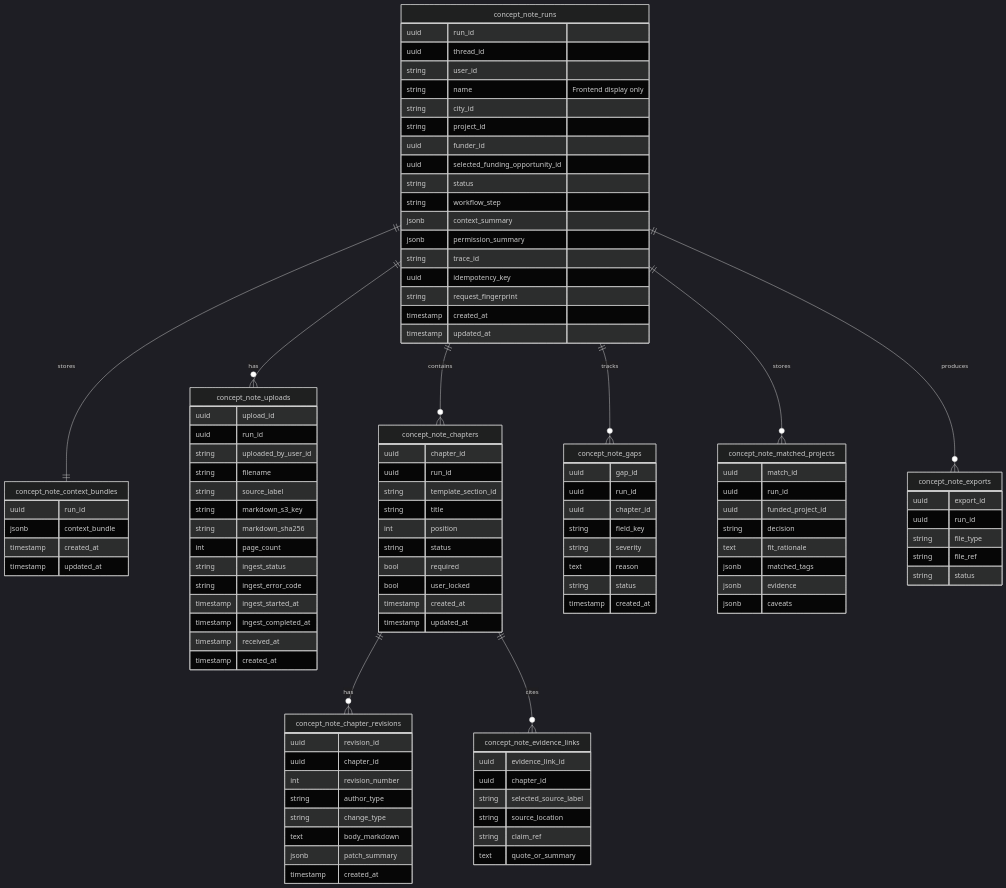
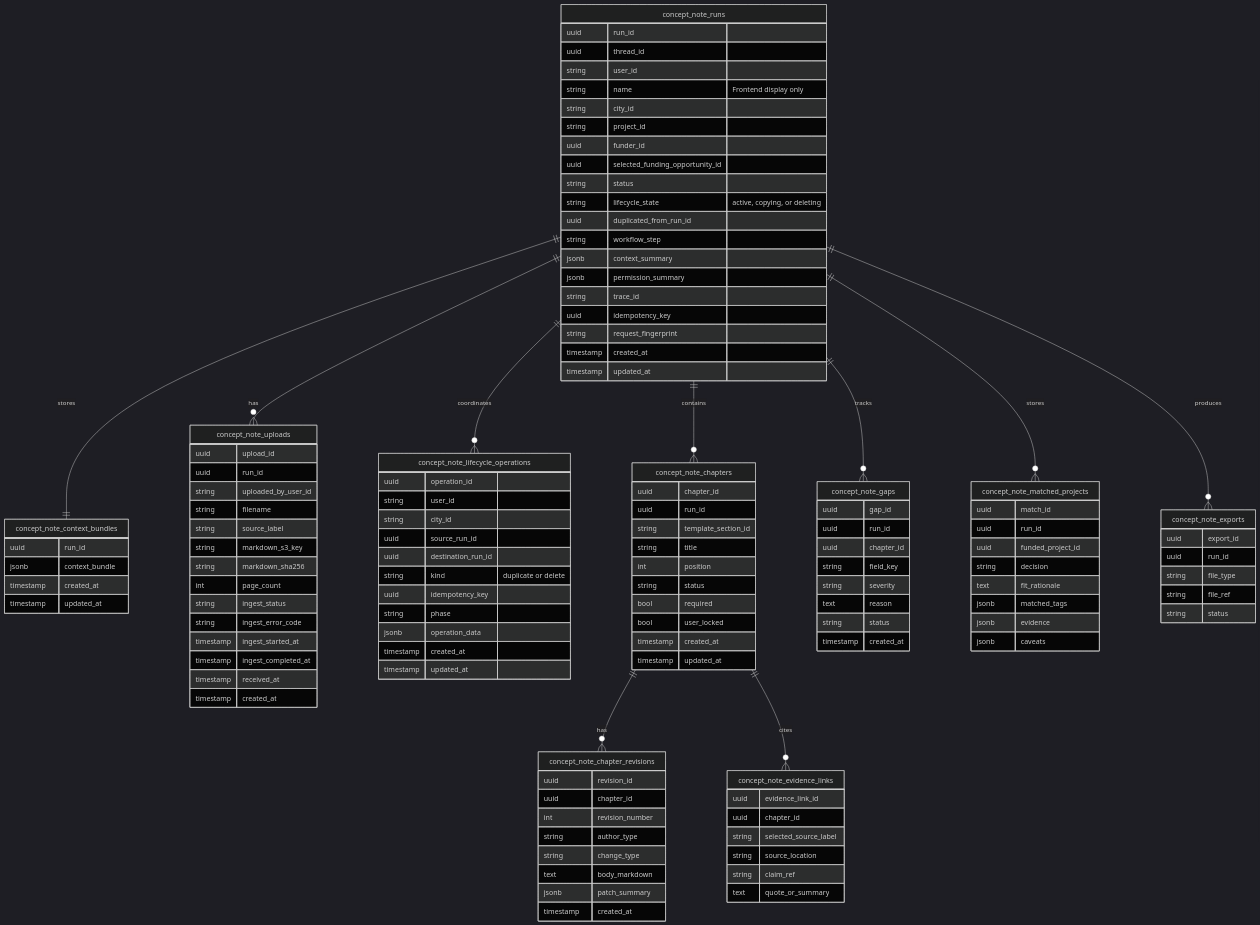
One commit to Open-Earth-Foundation/CityCatalyst changed the sixth of 14 diagrams in docs/ConceptNoteBuilderArchitecture.md. Above: the diagram before and after it, drawn with Mermaid (dark theme). The commit also changed other lines of this file and 25 other files, not shown here.

Commit message:
feat(cnb): add concept note lifecycle actions

```diff
--- a/docs/ConceptNoteBuilderArchitecture.md
+++ b/docs/ConceptNoteBuilderArchitecture.md
@@ -796,6 +796,7 @@
 erDiagram
     concept_note_runs ||--|| concept_note_context_bundles : "stores"
     concept_note_runs ||--o{ concept_note_uploads : "has"
+    concept_note_runs ||--o{ concept_note_lifecycle_operations : "coordinates"
     concept_note_runs ||--o{ concept_note_chapters : "contains"
     concept_note_runs ||--o{ concept_note_gaps : "tracks"
     concept_note_runs ||--o{ concept_note_matched_projects : "stores"
@@ -813,6 +814,8 @@
         uuid funder_id
         uuid selected_funding_opportunity_id
         string status
+        string lifecycle_state "active, copying, or deleting"
+        uuid duplicated_from_run_id
         string workflow_step
         jsonb context_summary
         jsonb permission_summary
@@ -843,6 +846,20 @@
     concept_note_context_bundles {
         uuid run_id
         jsonb context_bundle
+        timestamp created_at
+        timestamp updated_at
+    }
+
+    concept_note_lifecycle_operations {
+        uuid operation_id
+        string user_id
+        string city_id
+        uuid source_run_id
+        uuid destination_run_id
+        string kind "duplicate or delete"
+        uuid idempotency_key
+        string phase
+        jsonb operation_data
         timestamp created_at
         timestamp updated_at
     }
```
